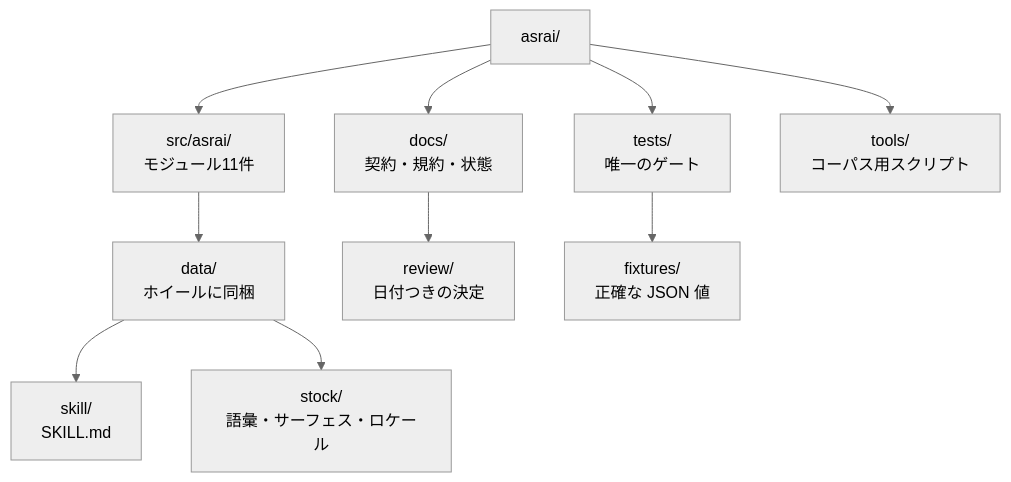
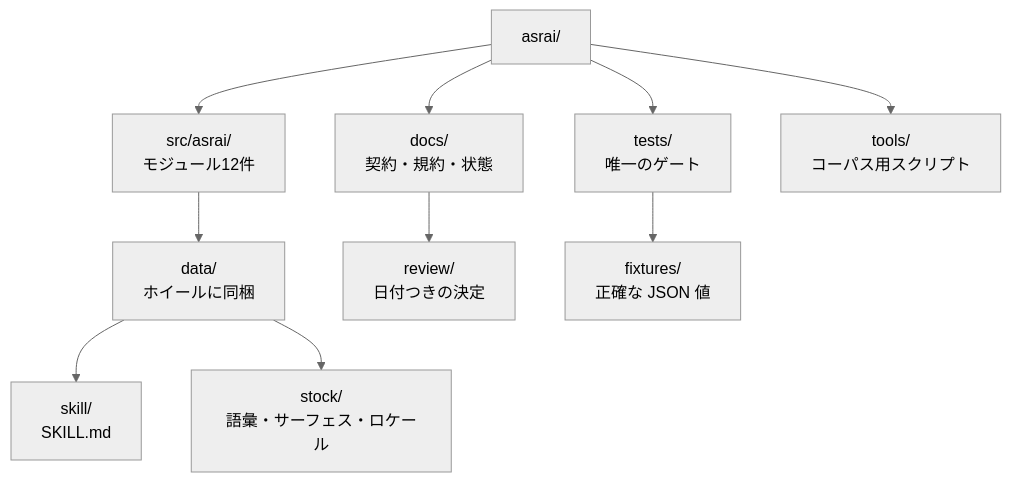
One commit to Stdev17/asrai changed the diagram in docs/i18n/ja/README.md. Above: the diagram before and after it, drawn with Mermaid (neutral theme). The commit also changed other lines of this file and 15 other files, not shown here.

````diff
--- a/docs/i18n/ja/README.md
+++ b/docs/i18n/ja/README.md
@@ -76,8 +76,8 @@
 ```mermaid
 flowchart TD
-    ROOT["asrai/"] --> SRC["src/asrai/<br/>モジュール11件"] & DOCS["docs/<br/>契約・規約・状態"] & TESTS["tests/<br/>唯一のゲート"] & TOOLS["tools/<br/>コーパス用スクリプト"]
+    ROOT["asrai/"] --> SRC["src/asrai/<br/>モジュール12件"] & DOCS["docs/<br/>契約・規約・状態"] & TESTS["tests/<br/>唯一のゲート"] & TOOLS["tools/<br/>コーパス用スクリプト"]
     SRC --> DATA["data/<br/>ホイールに同梱"]
     DATA --> SKILL["skill/<br/>SKILL.md"] & STOCK["stock/<br/>語彙・サーフェス・ロケール"]
     DOCS --> REVIEW["review/<br/>日付つきの決定"]
     TESTS --> FIX["fixtures/<br/>正確な JSON 値"]
 ```
````
